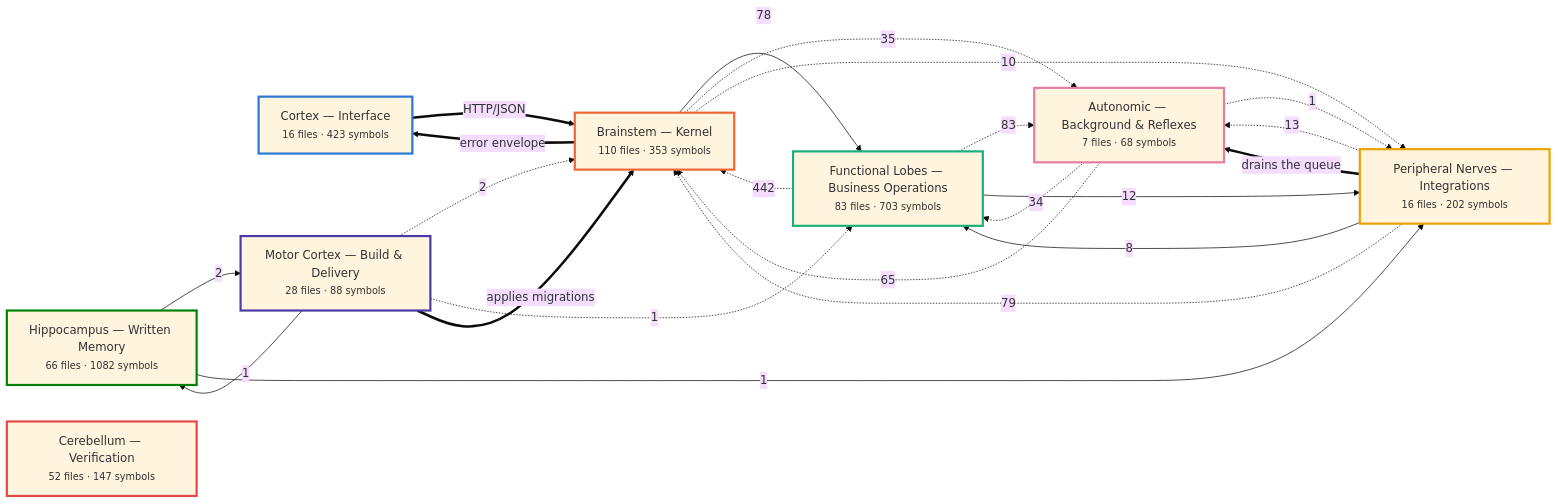
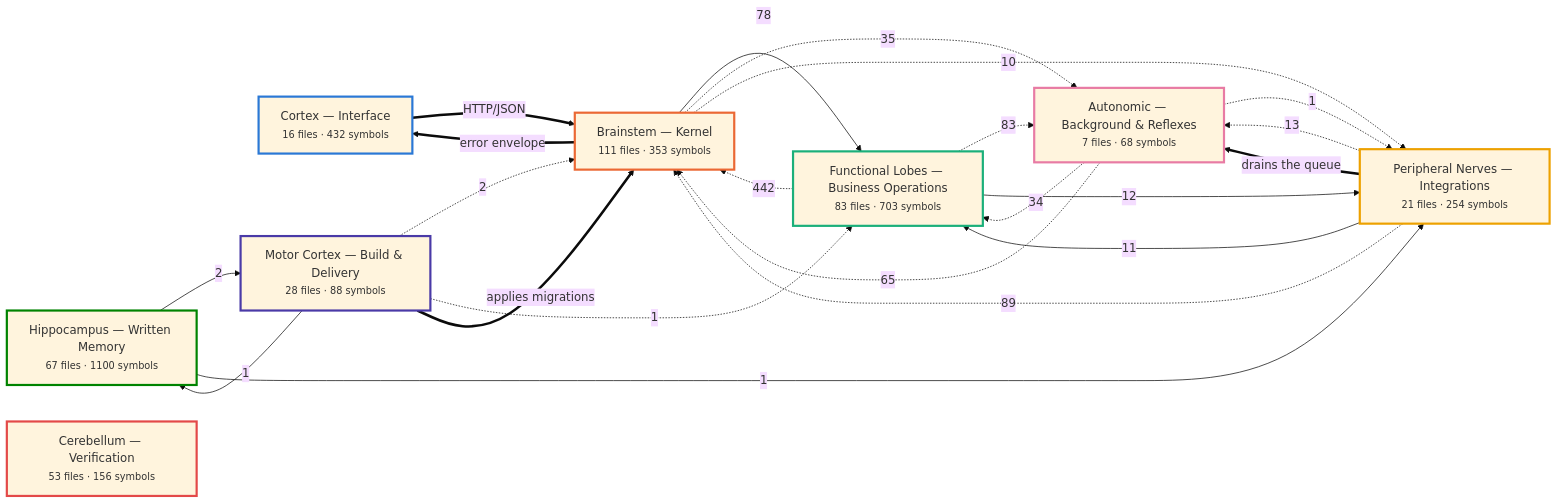
The first of 7 diagrams in docs/brain/BRAIN.md (Vishalnayak226/custom_erp), drawn with Mermaid (base theme) before and after one commit. The commit also changed other lines of this file and 18 other files, not shown here.

````diff
--- a/docs/brain/BRAIN.md
+++ b/docs/brain/BRAIN.md
@@ -35,48 +35,48 @@
 ```mermaid
 flowchart LR
-  n_cortex["Cortex — Interface<br/><small>16 files · 423 symbols</small>"]
-  n_brainstem["Brainstem — Kernel<br/><small>110 files · 353 symbols</small>"]
+  n_cortex["Cortex — Interface<br/><small>16 files · 432 symbols</small>"]
+  n_brainstem["Brainstem — Kernel<br/><small>111 files · 353 symbols</small>"]
   n_business["Functional Lobes — Business Operations<br/><small>83 files · 703 symbols</small>"]
-  n_peripheral["Peripheral Nerves — Integrations<br/><small>16 files · 202 symbols</small>"]
+  n_peripheral["Peripheral Nerves — Integrations<br/><small>21 files · 254 symbols</small>"]
   n_autonomic["Autonomic — Background & Reflexes<br/><small>7 files · 68 symbols</small>"]
-  n_memory["Hippocampus — Written Memory<br/><small>66 files · 1082 symbols</small>"]
+  n_memory["Hippocampus — Written Memory<br/><small>67 files · 1100 symbols</small>"]
   n_motor["Motor Cortex — Build & Delivery<br/><small>28 files · 88 symbols</small>"]
-  n_verification["Cerebellum — Verification<br/><small>52 files · 147 symbols</small>"]
+  n_verification["Cerebellum — Verification<br/><small>53 files · 156 symbols</small>"]
   n_business -.->|442| n_brainstem
+  n_peripheral -.->|89| n_brainstem
   n_business -.->|83| n_autonomic
-  n_peripheral -.->|79| n_brainstem
   n_brainstem -->|78| n_business
   n_autonomic -.->|65| n_brainstem
   n_brainstem -.->|35| n_autonomic
   n_autonomic -.->|34| n_business
   n_peripheral -.->|13| n_autonomic
   n_business -->|12| n_peripheral
+  n_peripheral -->|11| n_business
   n_brainstem -.->|10| n_peripheral
-  n_peripheral -->|8| n_business
   n_motor -.->|2| n_brainstem
   n_memory -->|2| n_motor
+  n_memory -->|1| n_peripheral
+  n_motor -->|1| n_memory
   n_autonomic -.->|1| n_peripheral
-  n_motor -->|1| n_memory
-  n_memory -->|1| n_peripheral
   n_motor -.->|1| n_business
   n_brainstem ==>|error envelope| n_cortex
   n_cortex ==>|HTTP/JSON| n_brainstem
   n_motor ==>|applies migrations| n_brainstem
   n_peripheral ==>|drains the queue| n_autonomic
   classDef n_cortex stroke:#2a78d6,stroke-width:3px;
   class n_cortex n_cortex;
   classDef n_brainstem stroke:#eb6834,stroke-width:3px;
   class n_brainstem n_brainstem;
   classDef n_business stroke:#1baf7a,stroke-width:3px;
   class n_business n_business;
   classDef n_peripheral stroke:#eda100,stroke-width:3px;
   class n_peripheral n_peripheral;
   classDef n_autonomic stroke:#e87ba4,stroke-width:3px;
   class n_autonomic n_autonomic;
   classDef n_memory stroke:#008300,stroke-width:3px;
   class n_memory n_memory;
   classDef n_motor stroke:#4a3aa7,stroke-width:3px;
   class n_motor n_motor;
   classDef n_verification stroke:#e34948,stroke-width:3px;
   class n_verification n_verification;
 ```
````
